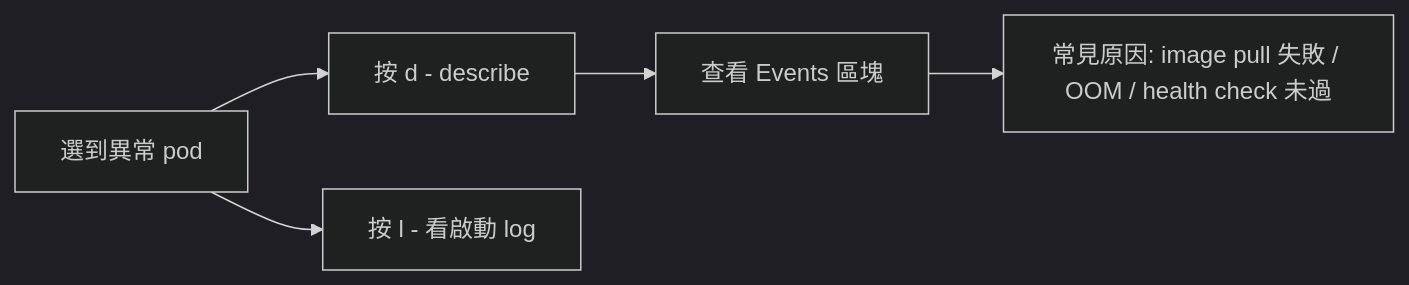
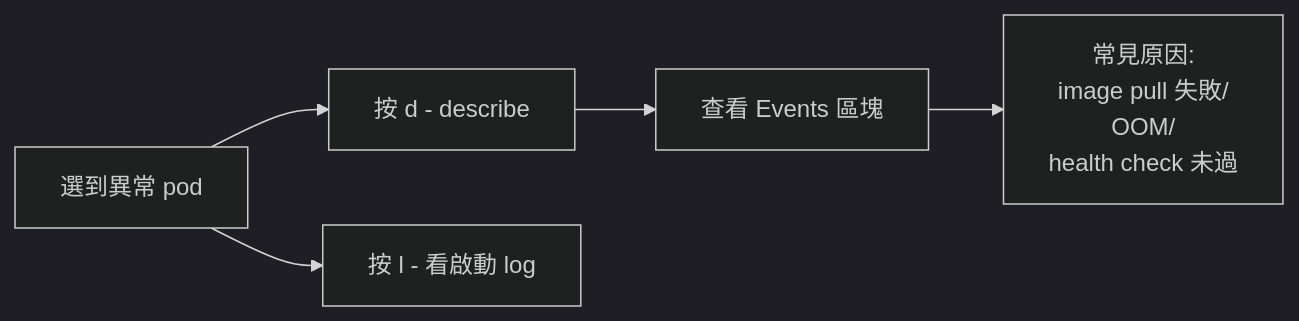
One commit to tony-yang-0216/my-knowledge-base changed the third of 5 diagrams in notes/15-Dev-Tools/K9s Kubernetes TUI 管理工具與 EKS 連線實戰.md. Above: the diagram before and after it, drawn with Mermaid (dark theme). The commit also changed other lines of this file, not shown here.

First line of the commit message:
docs(k9s): fix TOC nesting and mermaid node line breaks

````diff
--- a/notes/15-Dev-Tools/K9s Kubernetes TUI 管理工具與 EKS 連線實戰.md
+++ b/notes/15-Dev-Tools/K9s Kubernetes TUI 管理工具與 EKS 連線實戰.md
@@ -222,7 +224,7 @@
 ```mermaid
 flowchart LR
     A["選到異常 pod"] --> B["按 d - describe"]
     A --> C["按 l - 看啟動 log"]
     B --> D["查看 Events 區塊"]
-    D --> E["常見原因: image pull 失敗 / OOM / health check 未過"]
+    D --> E["常見原因:<br>image pull 失敗/<br>OOM/<br>health check 未過"]
 ```
````
